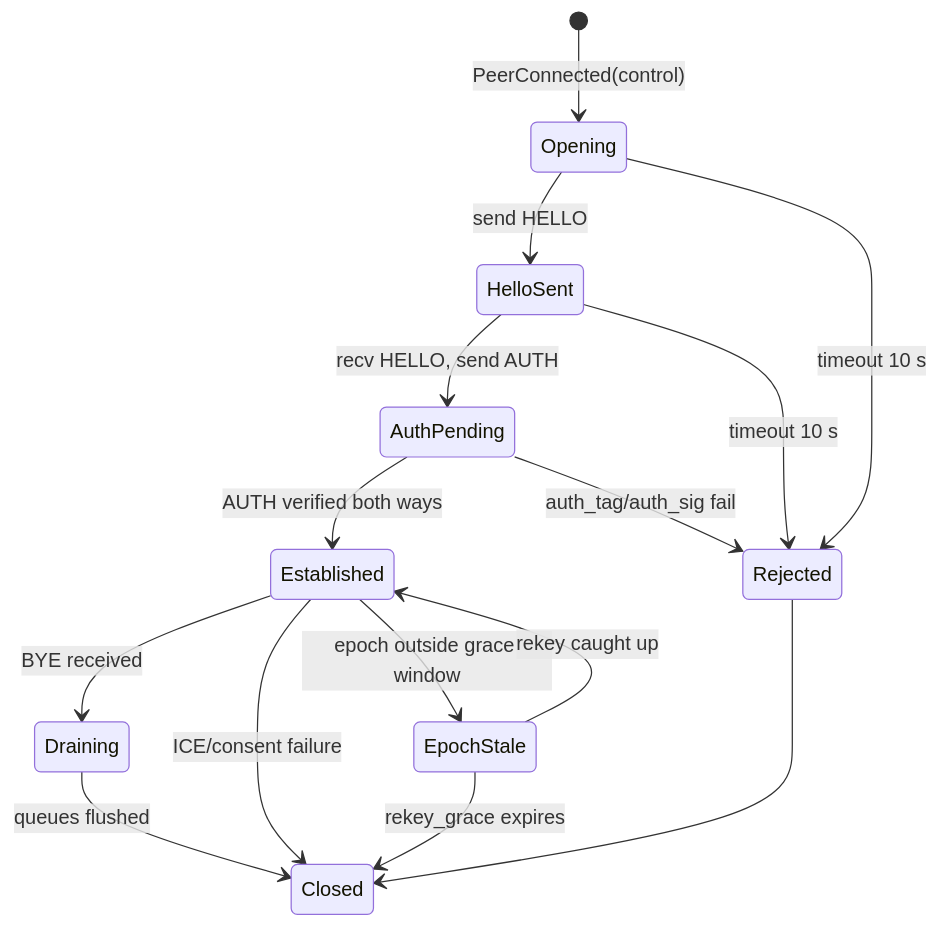
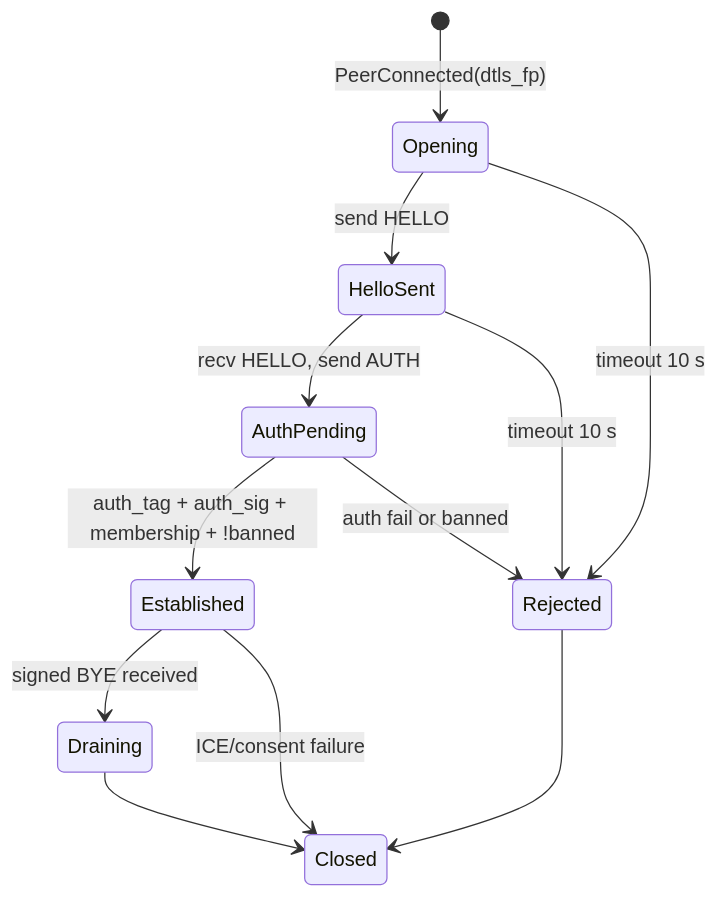
Before and after one commit to sophic00/peerwatch: the second of 6 diagrams in docs/design/architecture.md, drawn with Mermaid. The commit also changed other lines of this file and 62 other files, not shown here.

````diff
--- a/docs/design/architecture.md
+++ b/docs/design/architecture.md
@@ -247,17 +121,14 @@
 ```mermaid
 stateDiagram-v2
-    [*] --> Opening: PeerConnected(control)
+    [*] --> Opening: PeerConnected(dtls_fp)
     Opening --> HelloSent: send HELLO
     HelloSent --> AuthPending: recv HELLO, send AUTH
-    AuthPending --> Established: AUTH verified both ways
-    AuthPending --> Rejected: auth_tag/auth_sig fail
+    AuthPending --> Established: auth_tag + auth_sig + membership + !banned
+    AuthPending --> Rejected: auth fail or banned
     Opening --> Rejected: timeout 10 s
     HelloSent --> Rejected: timeout 10 s
-    Established --> Draining: BYE received
+    Established --> Draining: signed BYE received
     Established --> Closed: ICE/consent failure
-    Established --> EpochStale: epoch outside grace window
-    EpochStale --> Established: rekey caught up
-    EpochStale --> Closed: rekey_grace expires
-    Draining --> Closed: queues flushed
+    Draining --> Closed
     Rejected --> Closed
 ```
````
